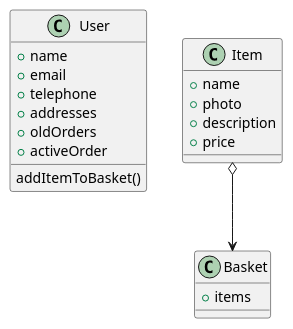
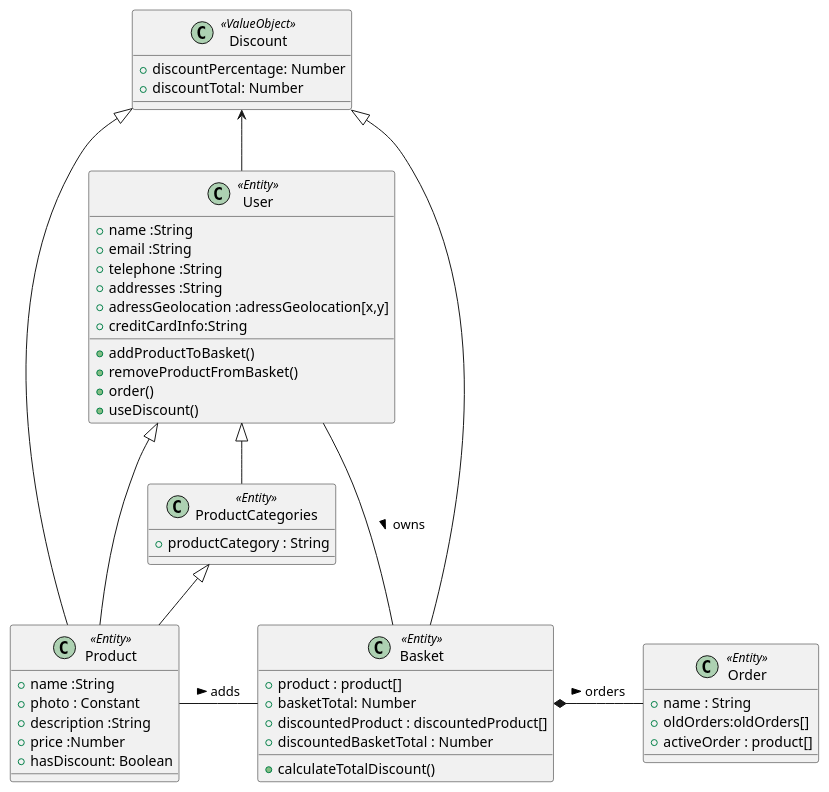
Before and after one commit to ozcu/superDelivery: the diagram in getirClone class-diagram.puml, drawn with PlantUML. The commit also changed 1 other file, not shown here.

Commit message:
Update to existing UML diagram

```diff
--- a/getirClone class-diagram.puml
+++ b/getirClone class-diagram.puml
@@ -1,31 +1,72 @@
 @startuml getirClone classDiagram
-class User {
-+name
-+email
-+telephone
-+addresses
-+oldOrders
-+activeOrder
+class User <<Entity>> {
++name :String
++email :String
++telephone :String
++addresses :String
++adressGeolocation :adressGeolocation[x,y]
++creditCardInfo:String
 
-addItemToBasket()
+
++ addProductToBasket()
++ removeProductFromBasket()
++ order()
++ useDiscount()
+
+}
+class ProductCategories <<Entity>>{
++productCategory : String
 
 
 }
 
-class Item {
-+name
-+photo
-+description
-+price
+class Order <<Entity>>{
+    + name : String
+    + oldOrders:oldOrders[]
+    + activeOrder : product[]
+  
+    
+
 
 }
 
-class Basket{
-+items
+class Product <<Entity>> {
++ name :String
++ photo : Constant
++ description :String
++ price :Number
++ hasDiscount: Boolean
+
 
 }
-Item o-->Basket
+
+class Basket <<Entity>> {
++ product : product[]
++ basketTotal: Number
++ discountedProduct : discountedProduct[]
++ discountedBasketTotal : Number
+
++calculateTotalDiscount()
 
 
+}
 
+class Discount <<ValueObject>>{
+
++ discountPercentage: Number
++ discountTotal: Number
+
+}
+
+
+Product -up-|> User
+Product -up-|> ProductCategories
+Product -up-|> Discount
+User -up-> Discount
+Basket -up-|> Discount
+ProductCategories  -up-|> User
+
+Product - Basket : adds >
+Basket *- Order: orders >
+Basket -- User: < owns
 @enduml
```
